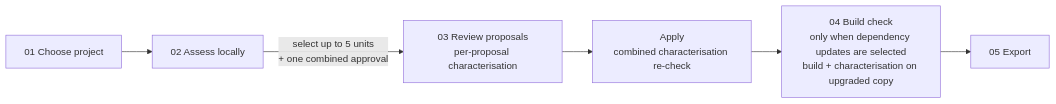
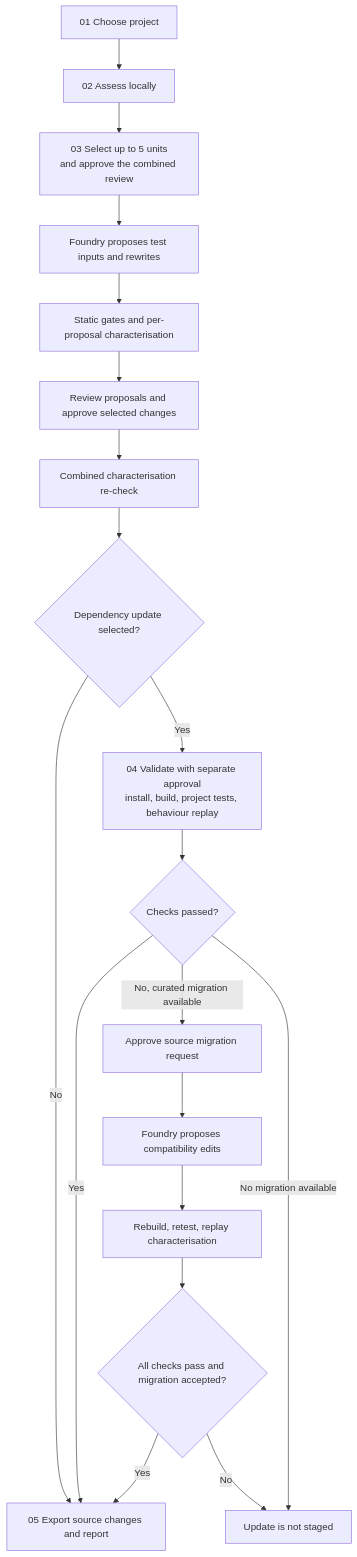
One commit to unoriginalNameCS/hve-core changed the first of 2 diagrams in demos/legacy-codebase-transformation-web/README.md. Above: the diagram before and after it, drawn with Mermaid. The commit also changed other lines of this file and 28 other files, not shown here.

````diff
--- a/demos/legacy-codebase-transformation-web/README.md
+++ b/demos/legacy-codebase-transformation-web/README.md
@@ -32,8 +32,21 @@
 ```mermaid
-flowchart LR
+flowchart TD
   A[01 Choose project] --> B[02 Assess locally]
-  B -->|select up to 5 units<br/>+ one combined approval| C[03 Review proposals<br/>per-proposal characterisation]
-  C --> R[Apply<br/>combined characterisation re-check]
-  R --> D[04 Build check<br/>only when dependency updates are selected<br/>build + characterisation on upgraded copy]
-  D --> E[05 Export]
+  B --> C[03 Select up to 5 units<br/>and approve the combined review]
+  C --> D[Foundry proposes test inputs and rewrites]
+  D --> E[Static gates and per-proposal characterisation]
+  E --> F[Review proposals and approve selected changes]
+  F --> G[Combined characterisation re-check]
+  G --> H{Dependency update selected?}
+  H -- No --> X[05 Export source changes and report]
+  H -- Yes --> I[04 Validate with separate approval<br/>install, build, project tests, behaviour replay]
+  I --> J{Checks passed?}
+  J -- Yes --> X
+  J -- No, curated migration available --> K[Approve source migration request]
+  K --> L[Foundry proposes compatibility edits]
+  L --> M[Rebuild, retest, replay characterisation]
+  M --> N{All checks pass and migration accepted?}
+  N -- Yes --> X
+  J -- No migration available --> Y[Update is not staged]
+  N -- No --> Y
 ```
````
